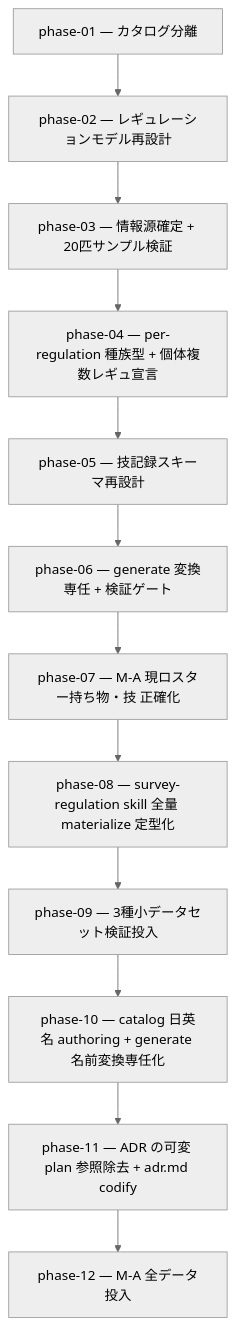
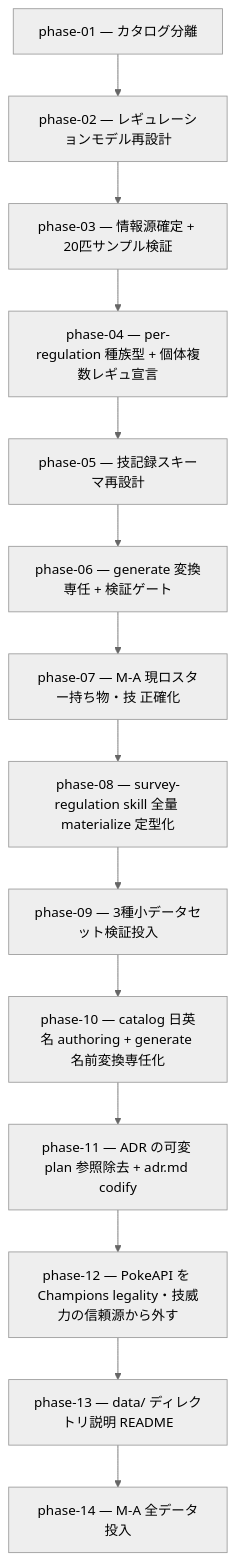
The diagram in docs/plan/02-data-model-redesign/README.md (subroh0508/pokeform), drawn with Mermaid (neutral theme) before and after one commit. The commit also changed other lines of this file and 10 other files, not shown here.

First line of the commit message:
docs(plan): 02-data-model-redesign に PokeAPI 除外(Phase12)・data README(Phase13) を挿入し M-A 投入を Phase14 へ

````diff
--- a/docs/plan/02-data-model-redesign/README.md
+++ b/docs/plan/02-data-model-redesign/README.md
@@ -14,14 +14,16 @@
 ```mermaid
 flowchart TD
     P1[phase-01 — カタログ分離] --> P2[phase-02 — レギュレーションモデル再設計]
     P2 --> P3[phase-03 — 情報源確定 + 20匹サンプル検証]
     P3 --> P4[phase-04 — per-regulation 種族型 + 個体複数レギュ宣言]
     P4 --> P5[phase-05 — 技記録スキーマ再設計]
     P5 --> P6[phase-06 — generate 変換専任 + 検証ゲート]
     P6 --> P7[phase-07 — M-A 現ロスター持ち物・技 正確化]
     P7 --> P8[phase-08 — survey-regulation skill 全量 materialize 定型化]
     P8 --> P9[phase-09 — 3種小データセット検証投入]
     P9 --> P10[phase-10 — catalog 日英名 authoring + generate 名前変換専任化]
     P10 --> P11[phase-11 — ADR の可変 plan 参照除去 + adr.md codify]
-    P11 --> P12[phase-12 — M-A 全データ投入]
+    P11 --> P12[phase-12 — PokeAPI を Champions legality・技威力の信頼源から外す]
+    P12 --> P13[phase-13 — data/ ディレクトリ説明 README]
+    P13 --> P14[phase-14 — M-A 全データ投入]
 ```
````
